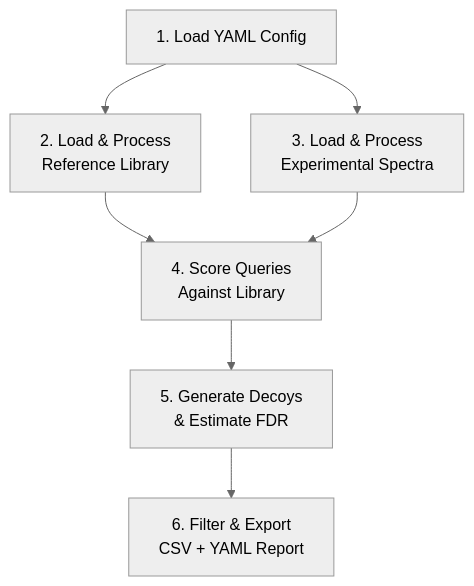
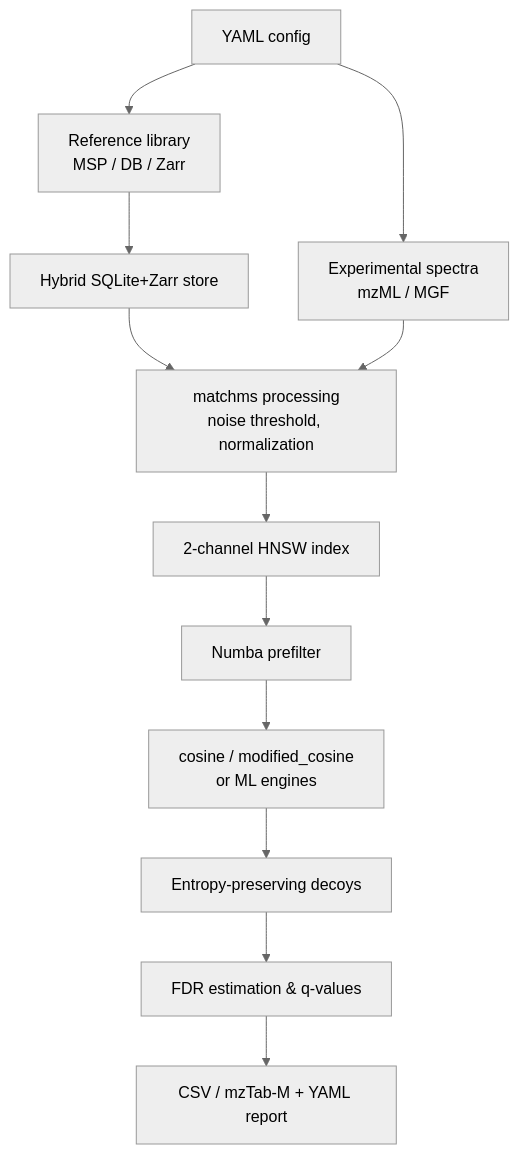
One commit to janusson/MassFlow changed the fifth of 5 diagrams in README.md. Above: the diagram before and after it, drawn with Mermaid (neutral theme). The commit also changed other lines of this file and 50 other files, not shown here.

First line of the commit message:
Add hybrid Zarr storage and ML scoring boundary

````diff
--- a/README.md
+++ b/README.md
@@ -207,9 +174,14 @@
 ```mermaid
 graph TD
-    Config[1. Load YAML Config] --> Ref[2. Load & Process<br/>Reference Library]
-    Config --> Exp[3. Load & Process<br/>Experimental Spectra]
-    Ref --> Score[4. Score Queries<br/>Against Library]
-    Exp --> Score
-    Score --> Decoy[5. Generate Decoys<br/>& Estimate FDR]
-    Decoy --> Filter[6. Filter & Export<br/>CSV + YAML Report]
+    Config[YAML config] --> Ref[Reference library<br/>MSP / DB / Zarr]
+    Config --> Exp[Experimental spectra<br/>mzML / MGF]
+    Ref --> Store[Hybrid SQLite+Zarr store]
+    Store --> Process[matchms processing<br/>noise threshold, normalization]
+    Exp --> Process
+    Process --> Index[2-channel HNSW index]
+    Index --> Pre[Numba prefilter]
+    Pre --> Score[cosine / modified_cosine<br/>or ML engines]
+    Score --> Decoy[Entropy-preserving decoys]
+    Decoy --> FDR[FDR estimation & q-values]
+    FDR --> Out[CSV / mzTab-M + YAML report]
 ```
````
